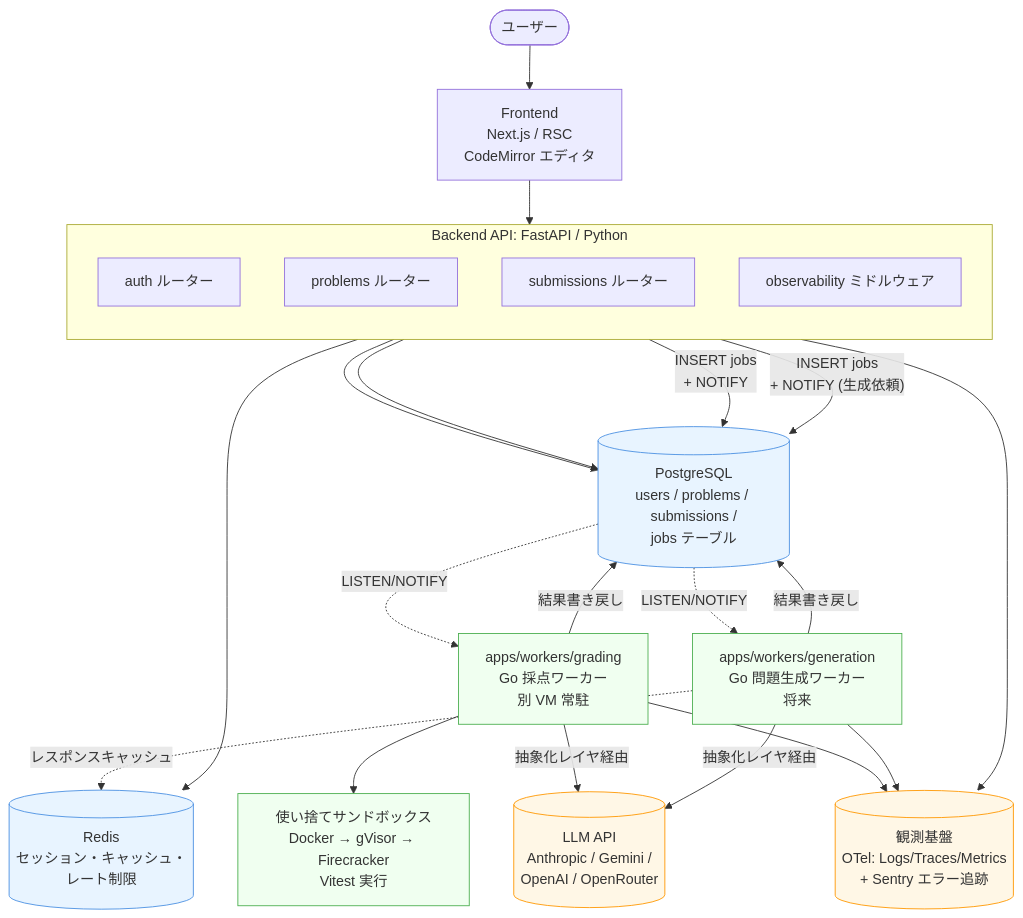
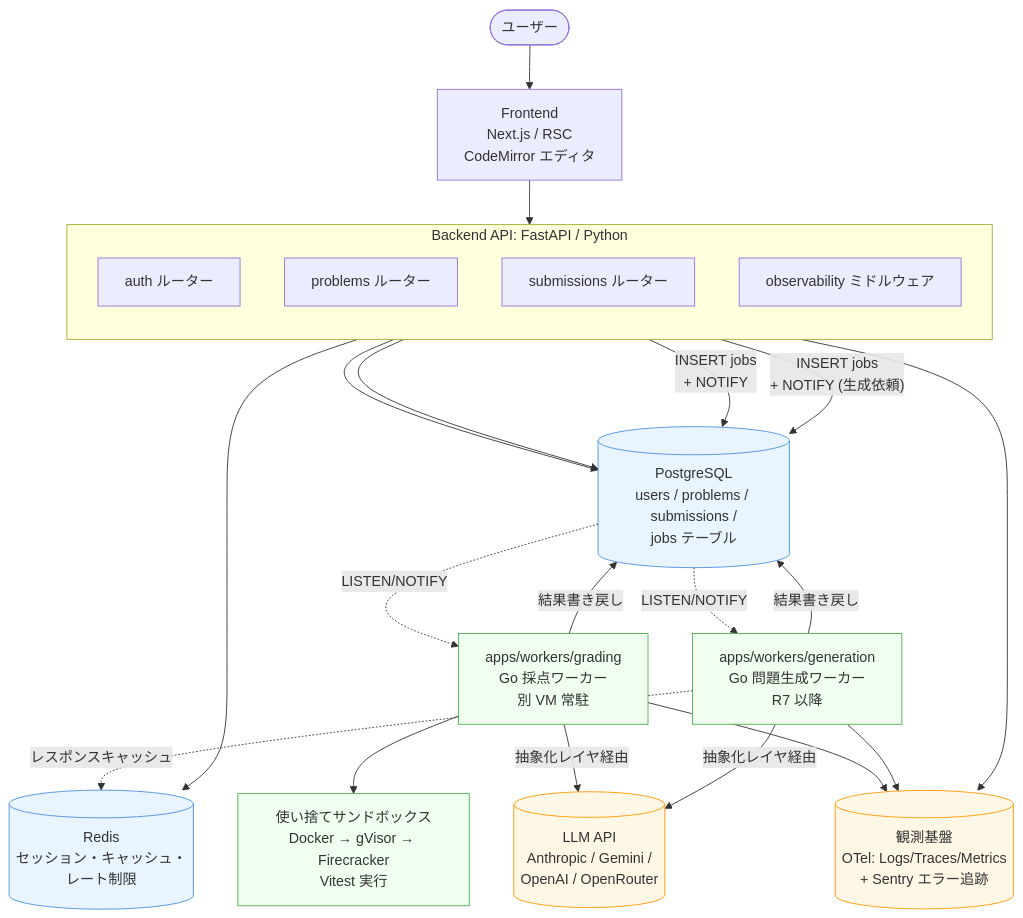
One commit to yzanbo/ai-coding-drill-python changed the first of 3 diagrams in docs/requirements/2-foundation/02-architecture.md. Above: the diagram before and after it, drawn with Mermaid. The commit also changed other lines of this file and 36 other files, not shown here.

````diff
--- a/docs/requirements/2-foundation/02-architecture.md
+++ b/docs/requirements/2-foundation/02-architecture.md
@@ -10,45 +10,45 @@
 ```mermaid
 flowchart TB
     User([ユーザー])
 
     User --> FE[Frontend<br/>Next.js / RSC<br/>CodeMirror エディタ]
 
     FE --> API
 
     subgraph API[Backend API: FastAPI / Python]
         direction TB
         AuthMod[auth ルーター]
         ProbMod[problems ルーター]
         GradMod[submissions ルーター]
         ObsMod[observability ミドルウェア]
     end
 
     AuthMod --> Redis[(Redis<br/>セッション・キャッシュ・<br/>レート制限)]
     AuthMod --> PG
     ProbMod --> PG[(PostgreSQL<br/>users / problems / submissions /<br/>jobs テーブル)]
     GradMod -- "INSERT jobs<br/>+ NOTIFY" --> PG
     ProbMod -- "INSERT jobs<br/>+ NOTIFY (生成依頼)" --> PG
 
     PG -. LISTEN/NOTIFY .-> GradWorker
     PG -. LISTEN/NOTIFY .-> GenWorker
 
     GradWorker[apps/workers/grading<br/>Go 採点ワーカー<br/>別 VM 常駐] --> Sandbox
     GradWorker -- 抽象化レイヤ経由 --> LLM[(LLM API<br/>Anthropic / Gemini /<br/>OpenAI / OpenRouter)]
     Sandbox[使い捨てサンドボックス<br/>Docker → gVisor → Firecracker<br/>Vitest 実行]
     GradWorker -- 結果書き戻し --> PG
 
-    GenWorker[apps/workers/generation<br/>Go 問題生成ワーカー<br/>将来] -- 抽象化レイヤ経由 --> LLM
+    GenWorker[apps/workers/generation<br/>Go 問題生成ワーカー<br/>R7 以降] -- 抽象化レイヤ経由 --> LLM
     GenWorker -. レスポンスキャッシュ .-> Redis
     GenWorker -- 結果書き戻し --> PG
 
     ObsMod --> Otel[(観測基盤<br/>OTel: Logs/Traces/Metrics<br/>+ Sentry エラー追跡)]
     GradWorker --> Otel
     GenWorker --> Otel
 
     classDef store fill:#e8f4ff,stroke:#4a90e2;
     classDef external fill:#fff7e6,stroke:#ff9800;
     classDef worker fill:#f0fff0,stroke:#4caf50;
     class PG,Redis store;
     class LLM,Otel external;
     class GradWorker,GenWorker,Sandbox worker;
 ```
````
